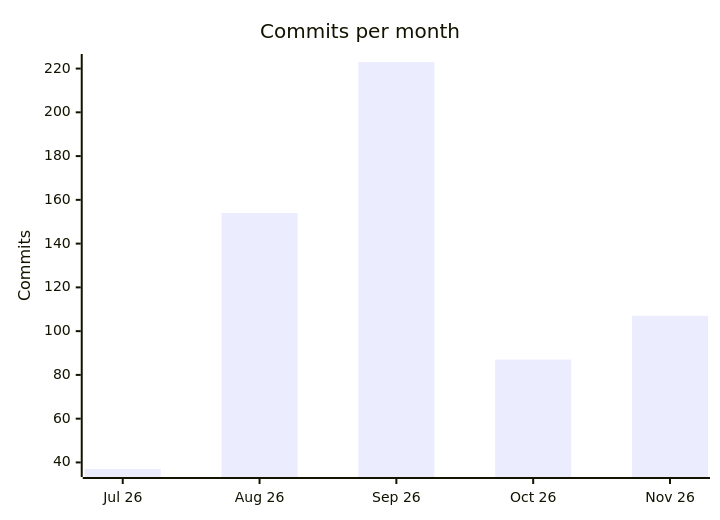
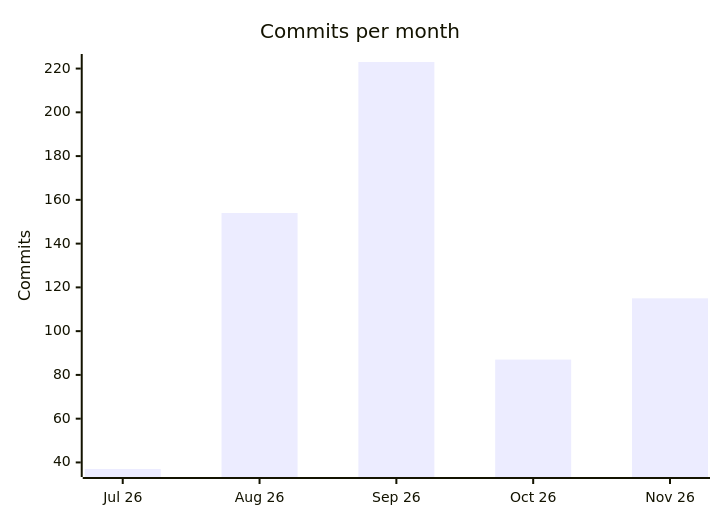
One commit to PSEMS-CO-FOE/.github changed the first of 2 diagrams in profile/README.md. Above: the diagram before and after it, drawn with Mermaid. The commit also changed other lines of this file, not shown here.

````diff
--- a/profile/README.md
+++ b/profile/README.md
@@ -94,7 +94,7 @@
 ```mermaid
 xychart-beta
     title "Commits per month"
     x-axis ["Jul 26", "Aug 26", "Sep 26", "Oct 26", "Nov 26"]
     y-axis "Commits"
-    bar [37, 154, 223, 87, 107]
+    bar [37, 154, 223, 87, 115]
 ```
````
